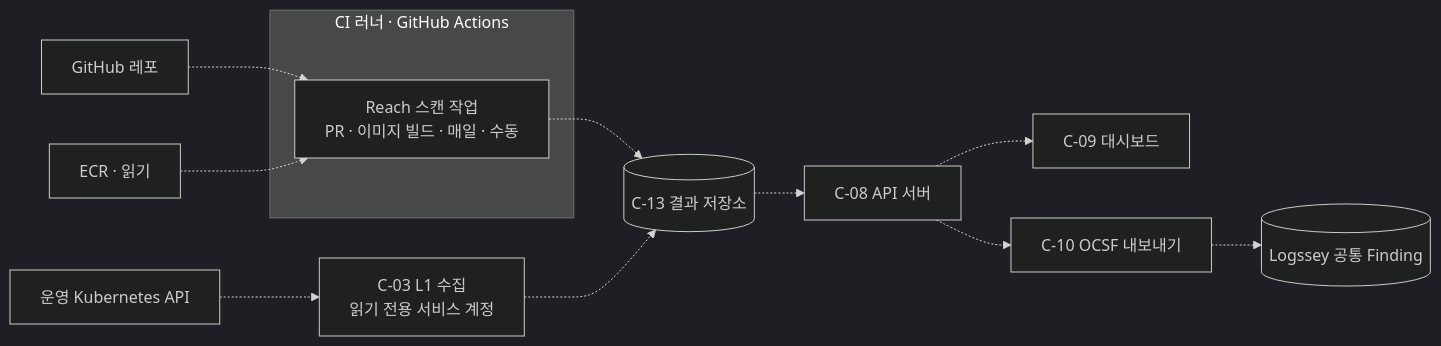
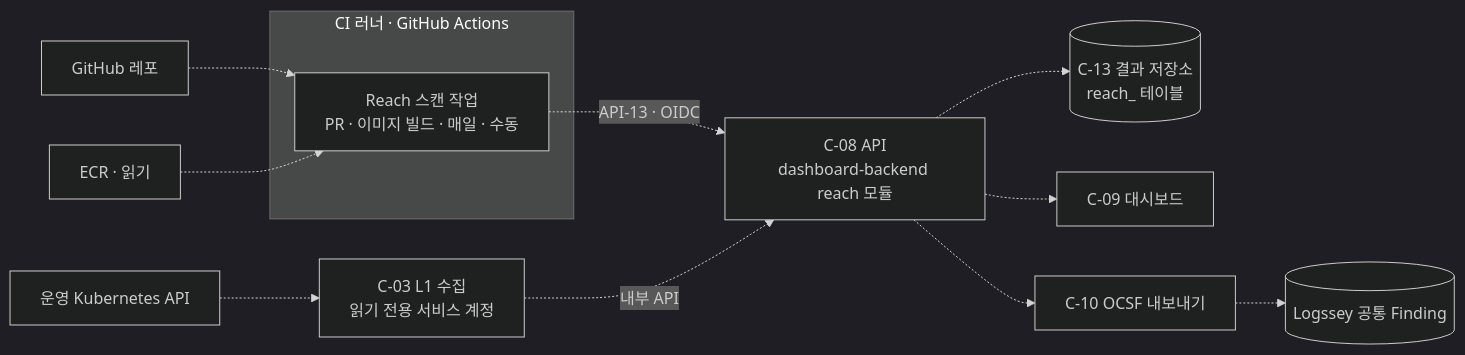
One commit to Logssey/security-solution-docs changed the sixth of 6 diagrams in reachability-analysis/03-architecture/ARD.md. Above: the diagram before and after it, drawn with Mermaid (dark theme). The commit also changed other lines of this file and 3 other files, not shown here.

Commit message:
docs(reach): place Reach API in dashboard-backend reach module (AD-18)

````diff
--- a/reachability-analysis/03-architecture/ARD.md
+++ b/reachability-analysis/03-architecture/ARD.md
@@ -658,15 +661,15 @@
 ```mermaid
 flowchart LR
   subgraph RUN["CI 러너 · GitHub Actions"]
     JOB["Reach 스캔 작업<br>PR · 이미지 빌드 · 매일 · 수동"]
   end
   GH["GitHub 레포"] -.-> JOB
   ECR["ECR · 읽기"] -.-> JOB
-  JOB -.-> ST[("C-13 결과 저장소")]
+  JOB -.->|"API-13 · OIDC"| APIS["C-08 API<br>dashboard-backend reach 모듈"]
   KAPI["운영 Kubernetes API"] -.-> L1C["C-03 L1 수집<br>읽기 전용 서비스 계정"]
-  L1C -.-> ST
-  ST -.-> APIS["C-08 API 서버"]
+  L1C -.->|내부 API| APIS
+  APIS -.-> ST[("C-13 결과 저장소<br>reach_ 테이블")]
   APIS -.-> UI["C-09 대시보드"]
   APIS -.-> OC["C-10 OCSF 내보내기"]
   OC -.-> LG[("Logssey 공통 Finding")]
 ```
````
